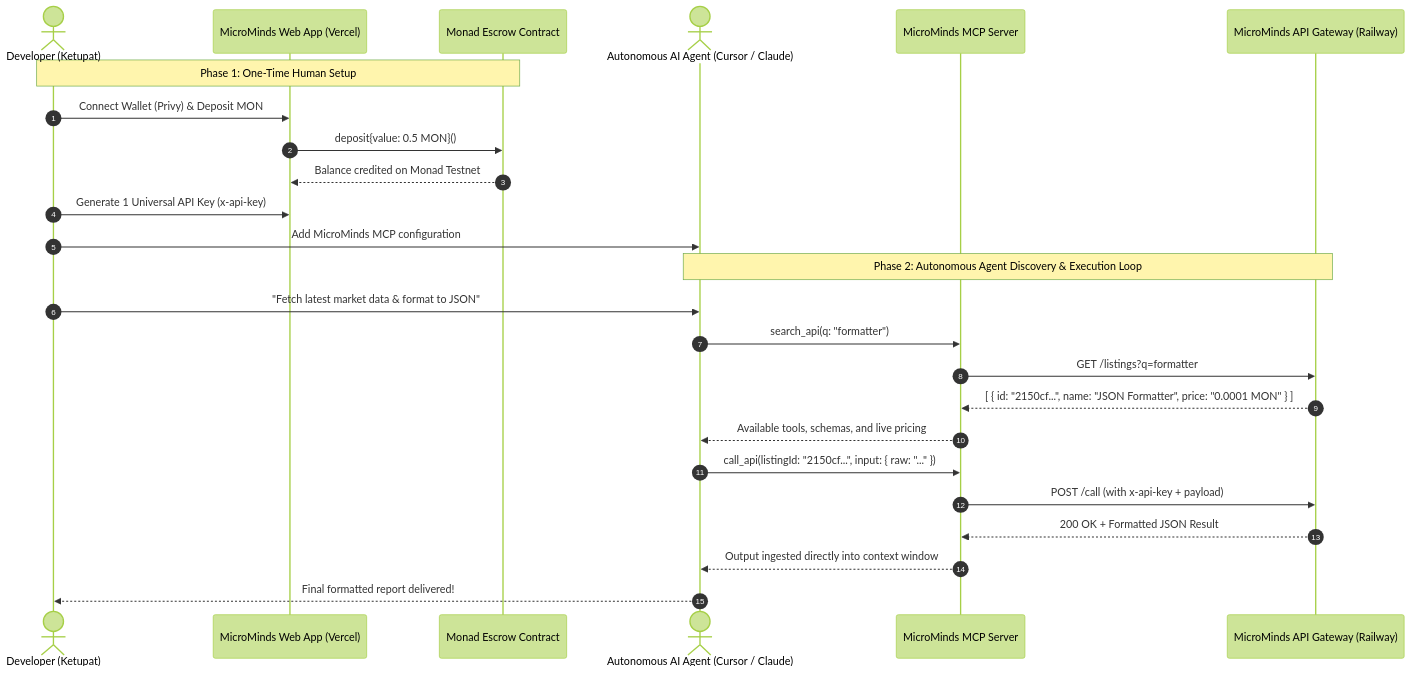
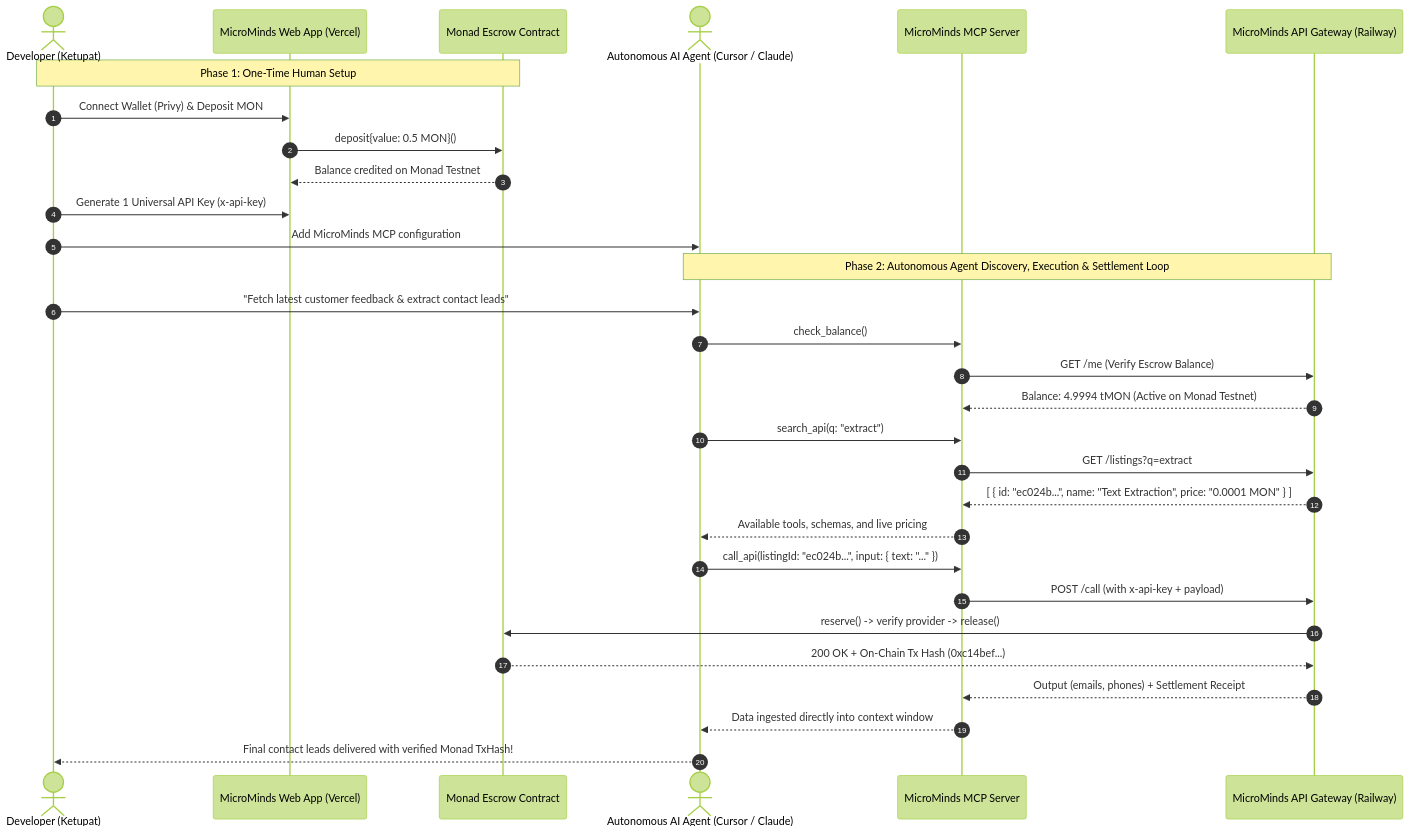
One commit to westoryyyy/MicroMinds changed the first of 3 diagrams in README.md. Above: the diagram before and after it, drawn with Mermaid (forest theme). The commit also changed other lines of this file, not shown here.

Commit message:
docs: align README with 100% MCP-native architecture, 3 tools, and verified on-chain execution

````diff
--- a/README.md
+++ b/README.md
@@ -149,30 +149,35 @@
 ```mermaid
 sequenceDiagram
     autonumber
     actor Dev as Developer (Ketupat)
     participant Web as MicroMinds Web App (Vercel)
     participant Escrow as Monad Escrow Contract
     actor Agent as Autonomous AI Agent (Cursor / Claude)
     participant MCP as MicroMinds MCP Server
     participant Gateway as MicroMinds API Gateway (Railway)
 
     Note over Dev,Escrow: Phase 1: One-Time Human Setup
     Dev->>Web: Connect Wallet (Privy) & Deposit MON
     Web->>Escrow: deposit{value: 0.5 MON}()
     Escrow-->>Web: Balance credited on Monad Testnet
     Dev->>Web: Generate 1 Universal API Key (x-api-key)
     Dev->>Agent: Add MicroMinds MCP configuration
 
-    Note over Agent,Gateway: Phase 2: Autonomous Agent Discovery & Execution Loop
-    Dev->>Agent: "Fetch latest market data & format to JSON"
-    Agent->>MCP: search_api(q: "formatter")
-    MCP->>Gateway: GET /listings?q=formatter
-    Gateway-->>MCP: [ { id: "2150cf...", name: "JSON Formatter", price: "0.0001 MON" } ]
+    Note over Agent,Gateway: Phase 2: Autonomous Agent Discovery, Execution & Settlement Loop
+    Dev->>Agent: "Fetch latest customer feedback & extract contact leads"
+    Agent->>MCP: check_balance()
+    MCP->>Gateway: GET /me (Verify Escrow Balance)
+    Gateway-->>MCP: Balance: 4.9994 tMON (Active on Monad Testnet)
+    Agent->>MCP: search_api(q: "extract")
+    MCP->>Gateway: GET /listings?q=extract
+    Gateway-->>MCP: [ { id: "ec024b...", name: "Text Extraction", price: "0.0001 MON" } ]
     MCP-->>Agent: Available tools, schemas, and live pricing
 
-    Agent->>MCP: call_api(listingId: "2150cf...", input: { raw: "..." })
+    Agent->>MCP: call_api(listingId: "ec024b...", input: { text: "..." })
     MCP->>Gateway: POST /call (with x-api-key + payload)
-    Gateway-->>MCP: 200 OK + Formatted JSON Result
-    MCP-->>Agent: Output ingested directly into context window
-    Agent-->>Dev: Final formatted report delivered!
+    Gateway->>Escrow: reserve() -> verify provider -> release()
+    Escrow-->>Gateway: 200 OK + On-Chain Tx Hash (0xc14bef...)
+    Gateway-->>MCP: Output (emails, phones) + Settlement Receipt
+    MCP-->>Agent: Data ingested directly into context window
+    Agent-->>Dev: Final contact leads delivered with verified Monad TxHash!
 ```
````
